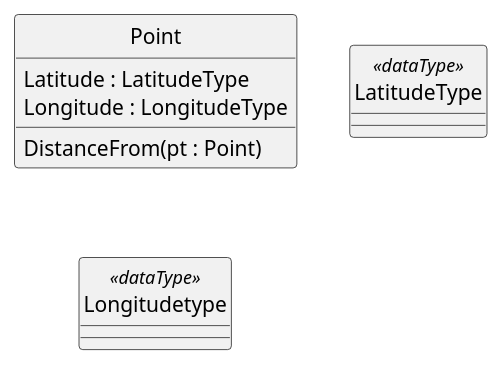
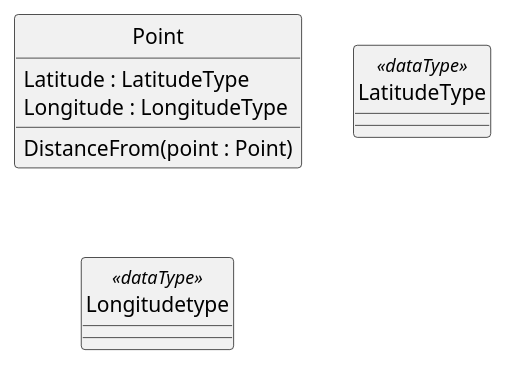
Before and after one commit to Charles1625/crop-production-ontology: the diagram in uml/point2.puml, drawn with PlantUML. The commit also changed 13 other files, not shown here.

Commit message:
First draft up to Location except for uml (starting re-factoring).

```diff
--- a/uml/point2.puml
+++ b/uml/point2.puml
@@ -1,10 +1,21 @@
 @startuml
 hide circle
-class Point {
+
+class Point 
+'A point in a rectangle representing an Equirectangular projection of the Earth's surface with some relation to crop production.
+{
   Latitude : LatitudeType
+  'the y-coordinate of the Point
   Longitude : LongitudeType
-  DistanceFrom(pt : Point)
+  'the x-coordinate of the Point
+  DistanceFrom(point : Point)
+  'The actual distance on the Earth's surface between this point and the given point.
 }
+
 class LatitudeType <<dataType>>
+'A decimal number between -90 and 90 with a precision of no more than 7.
+
 class Longitudetype <<dataType>>
+'A decimal number between -180 and 180 with a precision of no more than 7.
+
 @enduml
```
